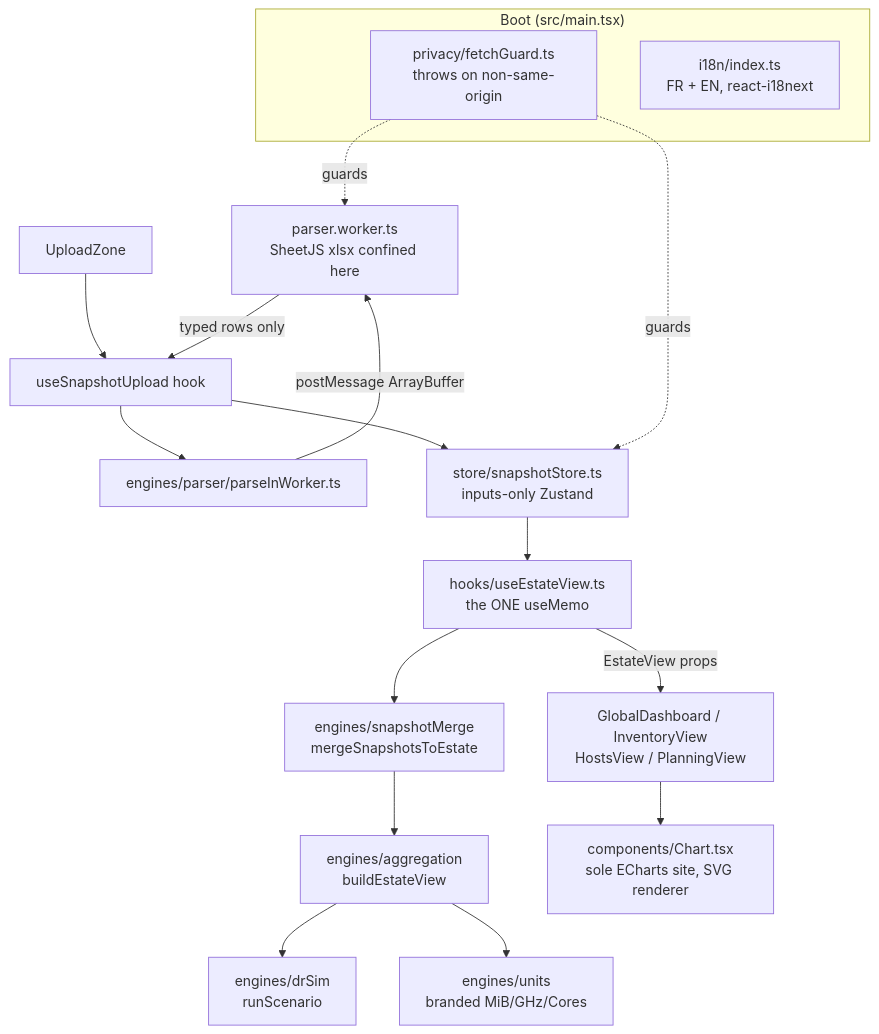
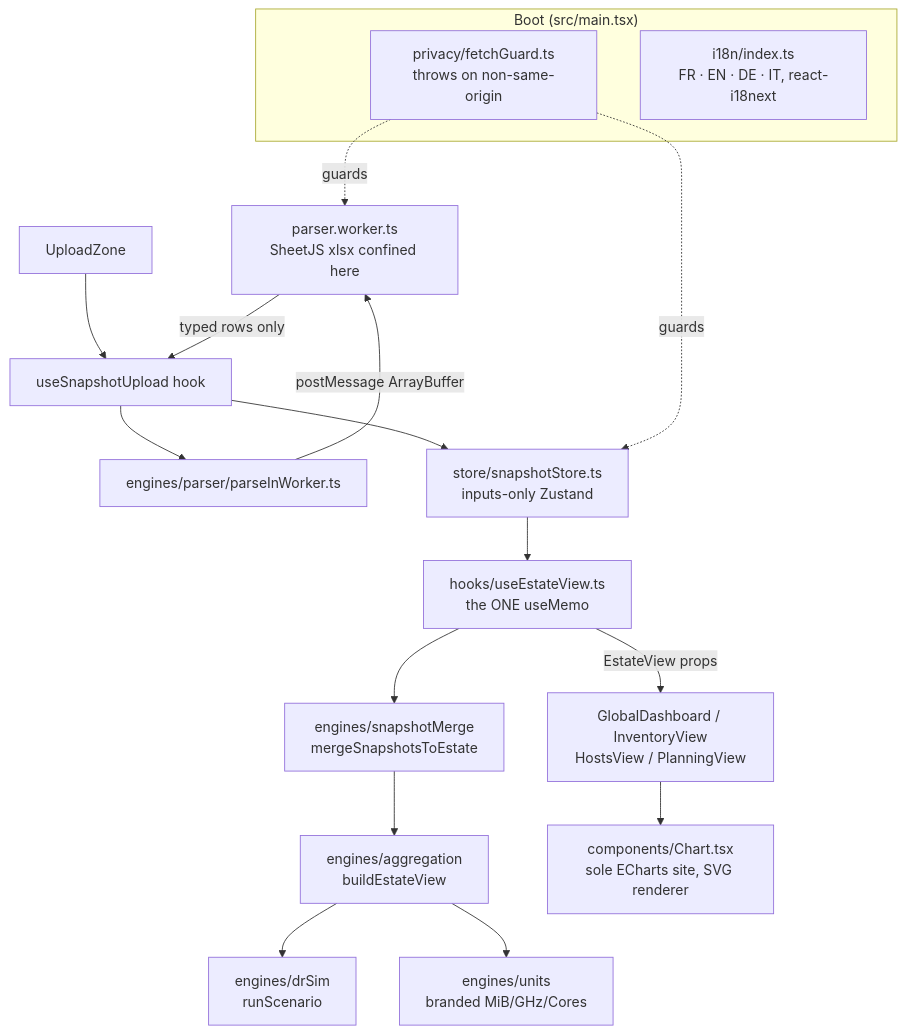
Before and after one commit to fjacquet/patlas: the diagram in docs/ARCHITECTURE.md, drawn with Mermaid. The commit also changed 4 other files, not shown here.

````diff
--- a/docs/ARCHITECTURE.md
+++ b/docs/ARCHITECTURE.md
@@ -10,25 +10,25 @@
 ```mermaid
 graph TD
   subgraph Boot["Boot (src/main.tsx)"]
     FG[privacy/fetchGuard.ts<br/>throws on non-same-origin]
-    I18N[i18n/index.ts<br/>FR + EN, react-i18next]
+    I18N[i18n/index.ts<br/>FR · EN · DE · IT, react-i18next]
   end
 
   UZ[UploadZone] --> USU[useSnapshotUpload hook]
   USU --> PIW[engines/parser/parseInWorker.ts]
   PIW -->|postMessage ArrayBuffer| PW[parser.worker.ts<br/>SheetJS xlsx confined here]
   PW -->|typed rows only| USU
   USU --> STORE[store/snapshotStore.ts<br/>inputs-only Zustand]
 
   STORE --> UEV[hooks/useEstateView.ts<br/>the ONE useMemo]
   UEV --> MERGE[engines/snapshotMerge<br/>mergeSnapshotsToEstate]
   MERGE --> AGG[engines/aggregation<br/>buildEstateView]
   AGG --> DRSIM[engines/drSim<br/>runScenario]
   AGG --> UNITS[engines/units<br/>branded MiB/GHz/Cores]
 
   UEV -->|EstateView props| VIEWS[GlobalDashboard / InventoryView<br/>HostsView / PlanningView]
   VIEWS --> CHART[components/Chart.tsx<br/>sole ECharts site, SVG renderer]
 
   FG -.guards.-> PW
   FG -.guards.-> STORE
 ```
````
